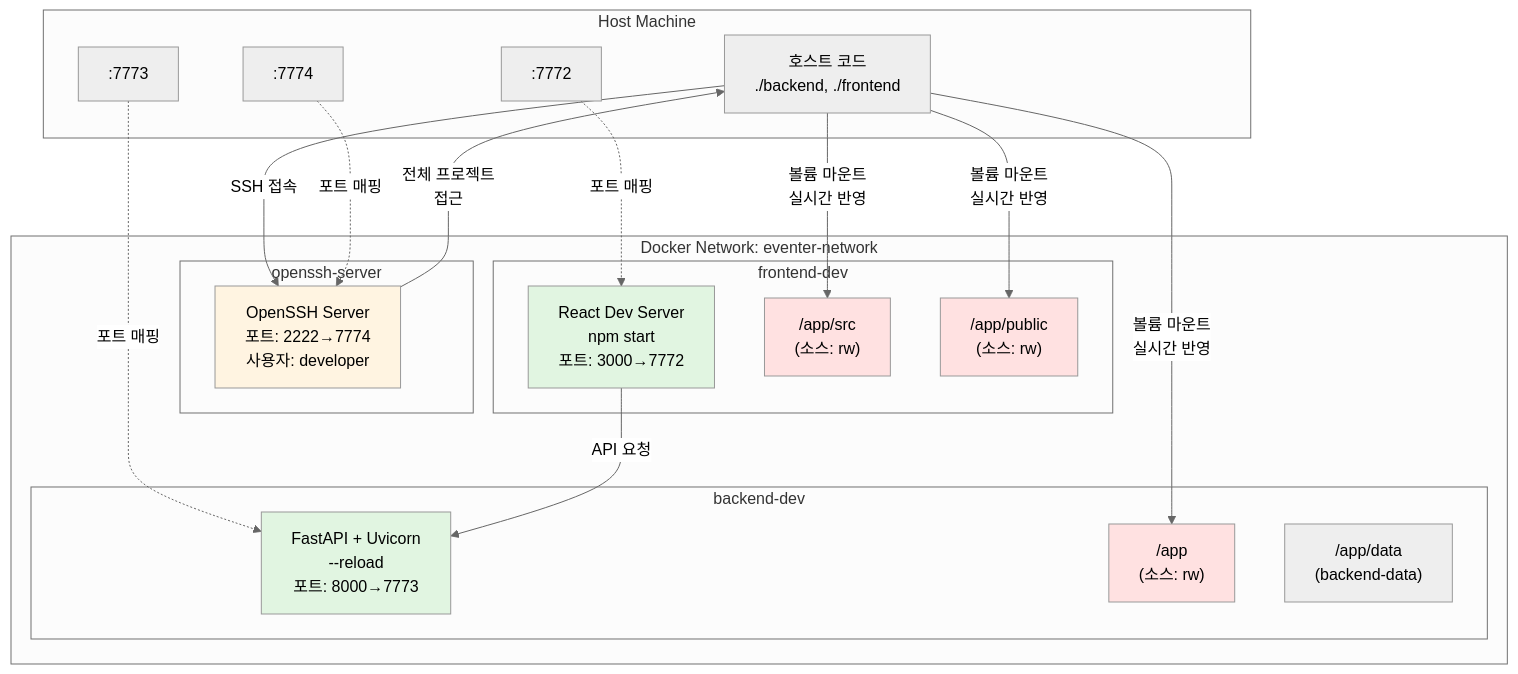
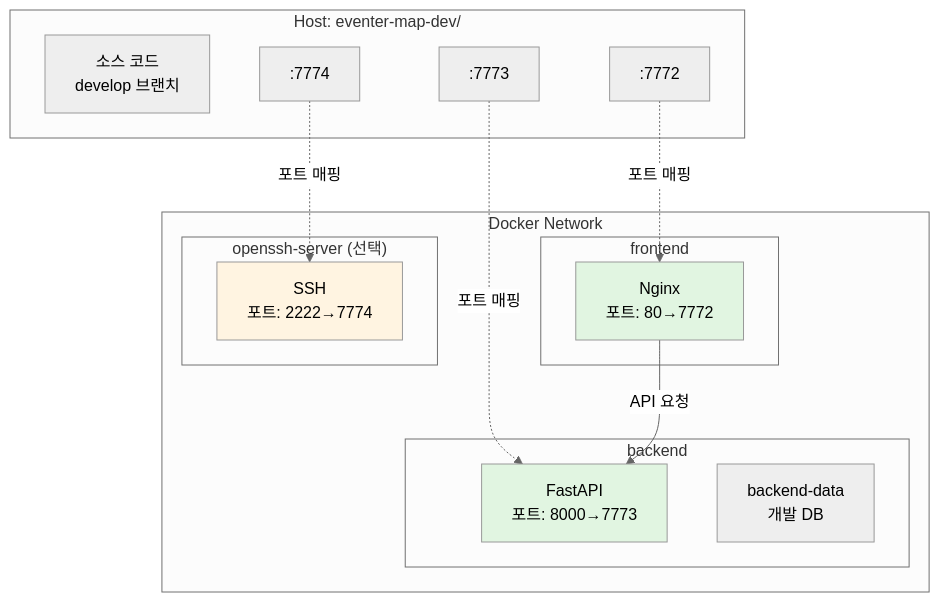
One commit to koanghun/eventer-map changed the first of 2 diagrams in docs/DOCKER_SETUP_GUIDE.md. Above: the diagram before and after it, drawn with Mermaid (neutral theme). The commit also changed other lines of this file and 5 other files, not shown here.

````diff
--- a/docs/DOCKER_SETUP_GUIDE.md
+++ b/docs/DOCKER_SETUP_GUIDE.md
@@ -16,46 +87,33 @@
 ```mermaid
 graph TB
-    subgraph "Host Machine"
-        HC[호스트 코드<br/>./backend, ./frontend]
-        HP1[":7774"]
+    subgraph "Host: eventer-map-dev/"
+        HC1[소스 코드<br/>develop 브랜치]
+        HP1[":7772"]
         HP2[":7773"]
-        HP3[":7772"]
+        HP3[":7774"]
     end
     
-    subgraph "Docker Network: eventer-network"
-        subgraph "openssh-server"
-            SSH["OpenSSH Server<br/>포트: 2222→7774<br/>사용자: developer"]
+    subgraph "Docker Network"
+        subgraph "backend"
+            BE1["FastAPI<br/>포트: 8000→7773"]
+            BD1[backend-data<br/>개발 DB]
         end
         
-        subgraph "backend-dev"
-            BE["FastAPI + Uvicorn<br/>--reload<br/>포트: 8000→7773"]
-            BV1["/app<br/>(소스: rw)"]
-            BV2["/app/data<br/>(backend-data)"]
+        subgraph "frontend"
+            FE1["Nginx<br/>포트: 80→7772"]
         end
         
-        subgraph "frontend-dev"
-            FE["React Dev Server<br/>npm start<br/>포트: 3000→7772"]
-            FV1["/app/src<br/>(소스: rw)"]
-            FV2["/app/public<br/>(소스: rw)"]
+        subgraph "openssh-server (선택)"
+            SSH1["SSH<br/>포트: 2222→7774"]
         end
     end
     
-    HC -->|볼륨 마운트<br/>실시간 반영| BV1
-    HC -->|볼륨 마운트<br/>실시간 반영| FV1
-    HC -->|볼륨 마운트<br/>실시간 반영| FV2
-    HC -->|SSH 접속| SSH
+    HP1 -.->|포트 매핑| FE1
+    HP2 -.->|포트 매핑| BE1
+    HP3 -.->|포트 매핑| SSH1
+    FE1 -->|API 요청| BE1
     
-    HP1 -.->|포트 매핑| SSH
-    HP2 -.->|포트 매핑| BE
-    HP3 -.->|포트 매핑| FE
-    
-    FE -->|API 요청| BE
-    SSH -->|전체 프로젝트<br/>접근| HC
-    
-    style BE fill:#e1f5e1
-    style FE fill:#e1f5e1
-    style SSH fill:#fff4e1
-    style BV1 fill:#ffe1e1
-    style FV1 fill:#ffe1e1
-    style FV2 fill:#ffe1e1
+    style BE1 fill:#e1f5e1
+    style FE1 fill:#e1f5e1
+    style SSH1 fill:#fff4e1
 ```
````
